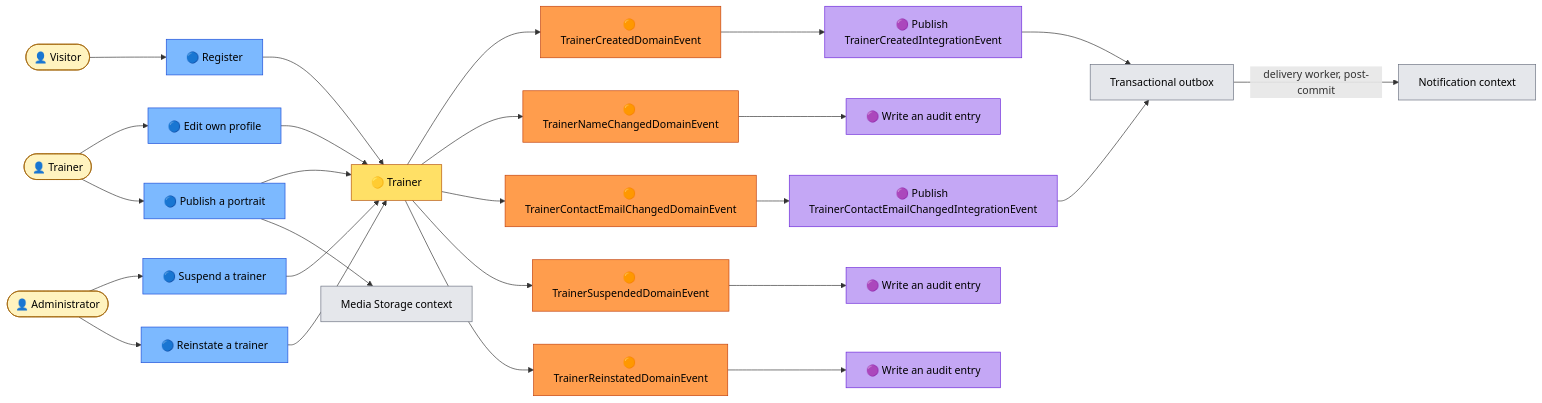
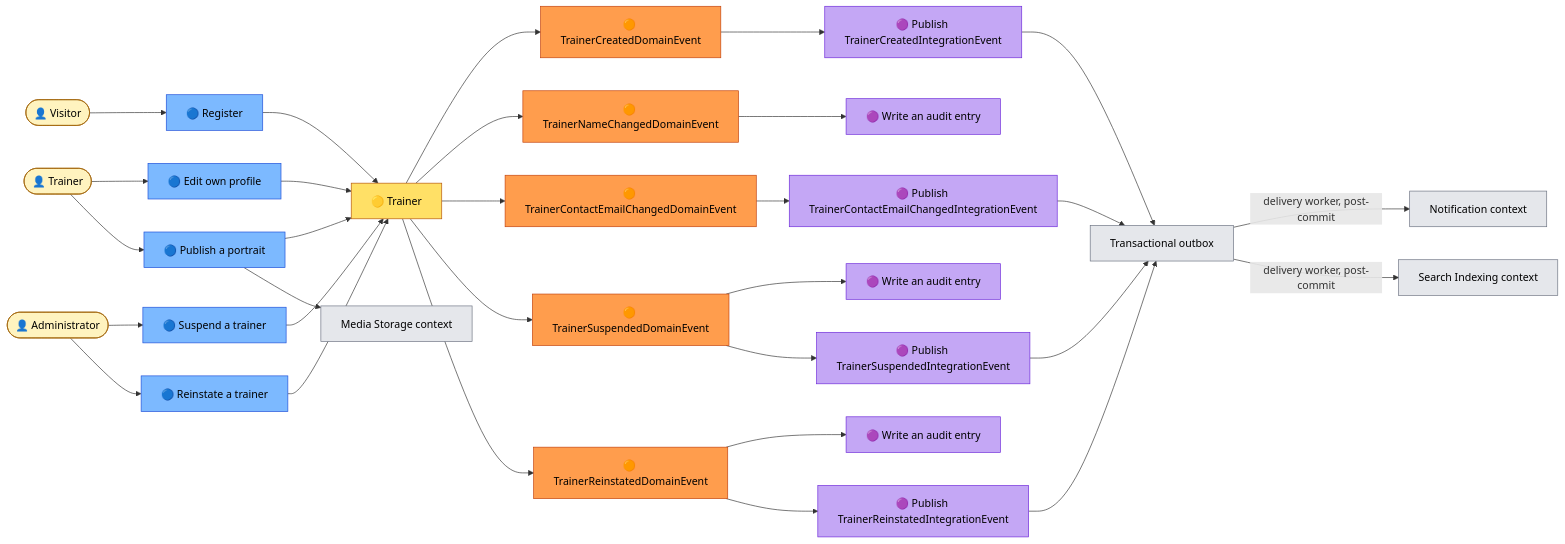
Before and after one commit to maxime-poulain/BLRefactoring: the first of 2 diagrams in docs/strategic-design/event-storming.md, drawn with Mermaid. The commit also changed other lines of this file and 45 other files, not shown here.

````diff
--- a/docs/strategic-design/event-storming.md
+++ b/docs/strategic-design/event-storming.md
@@ -36,44 +36,49 @@
 ```mermaid
 flowchart LR
     A1(["👤 Visitor"]) --> C1["🔵 Register"]
     C1 --> AG1["🟡 Trainer"]
     AG1 --> E1["🟠 TrainerCreatedDomainEvent"]
     E1 --> P1["🟣 Publish TrainerCreatedIntegrationEvent"]
     P1 --> OB["Transactional outbox"]
     OB -->|"delivery worker, post-commit"| X1["Notification context"]
 
     A2(["👤 Trainer"]) --> C2["🔵 Edit own profile"]
     C2 --> AG1
     AG1 --> E2["🟠 TrainerNameChangedDomainEvent"]
     AG1 --> E3["🟠 TrainerContactEmailChangedDomainEvent"]
     E2 --> P2["🟣 Write an audit entry"]
     E3 --> P3["🟣 Publish TrainerContactEmailChangedIntegrationEvent"]
     P3 --> OB
 
     A2 --> C3["🔵 Publish a portrait"]
     C3 --> AG1
     C3 --> X2["Media Storage context"]
 
     A3(["👤 Administrator"]) --> C4["🔵 Suspend a trainer"]
     A3 --> C5["🔵 Reinstate a trainer"]
     C4 --> AG1
     C5 --> AG1
     AG1 --> E4["🟠 TrainerSuspendedDomainEvent"]
     AG1 --> E5["🟠 TrainerReinstatedDomainEvent"]
     E4 --> P4["🟣 Write an audit entry"]
     E5 --> P5["🟣 Write an audit entry"]
+    E4 --> P6["🟣 Publish TrainerSuspendedIntegrationEvent"]
+    E5 --> P7["🟣 Publish TrainerReinstatedIntegrationEvent"]
+    P6 --> OB
+    P7 --> OB
+    OB -->|"delivery worker, post-commit"| X3["Search Indexing context"]
 
     classDef event fill:#ff9d4d,stroke:#c2410c,color:#000
     classDef command fill:#7cb9ff,stroke:#1d4ed8,color:#000
     classDef aggregate fill:#ffe066,stroke:#b45309,color:#000
     classDef policy fill:#c4a7f5,stroke:#6d28d9,color:#000
     classDef actor fill:#fff3bf,stroke:#a16207,color:#000
     classDef external fill:#e5e7eb,stroke:#6b7280,color:#000
 
     class E1,E2,E3,E4,E5 event
     class C1,C2,C3,C4,C5 command
     class AG1 aggregate
-    class P1,P2,P3,P4,P5 policy
+    class P1,P2,P3,P4,P5,P6,P7 policy
     class A1,A2,A3 actor
-    class X1,X2,OB external
+    class X1,X2,X3,OB external
 ```
````
